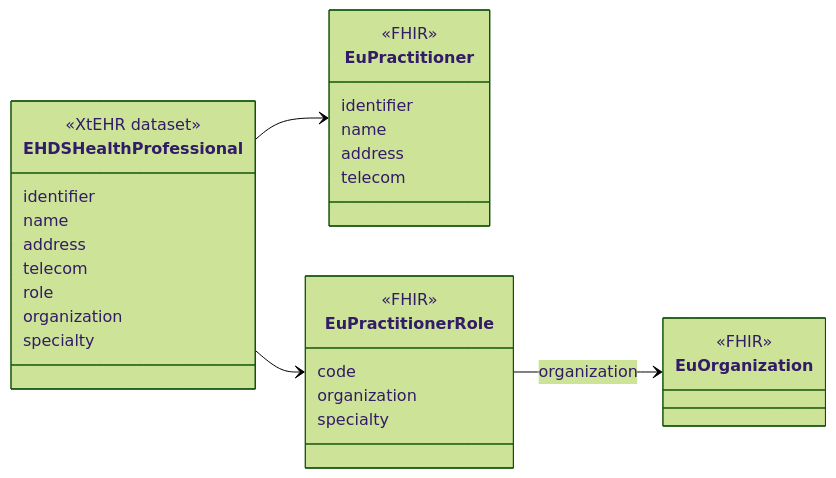
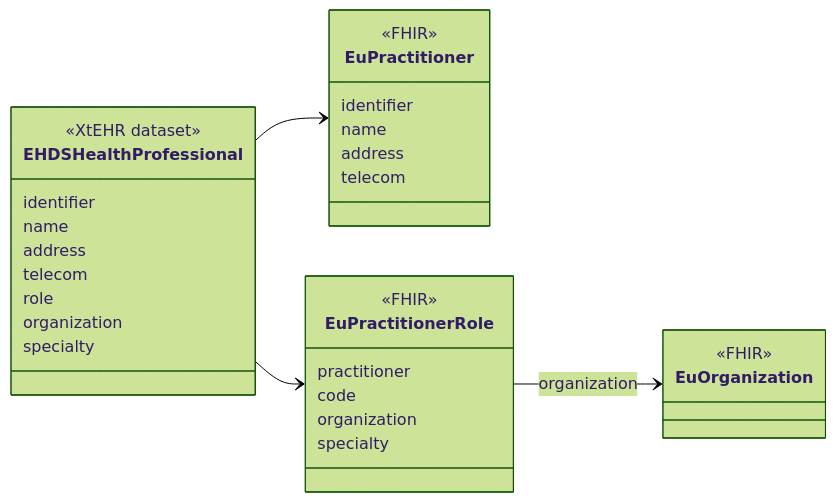
One commit to oijauregui/ehdsimaging changed the diagram in input/intro-notes/ConceptMap-EHDSHealthProfessionalMap-intro.md. Above: the diagram before and after it, drawn with Mermaid (forest theme). The commit also changed 5 other files, not shown here.

````diff
--- a/input/intro-notes/ConceptMap-EHDSHealthProfessionalMap-intro.md
+++ b/input/intro-notes/ConceptMap-EHDSHealthProfessionalMap-intro.md
@@ -5,36 +5,37 @@
 ```mermaid
 classDiagram
 direction LR
 class EHDSHealthProfessional {
   <<XtEHR dataset>>
   identifier
   name
   address
   telecom
   role
   organization
   specialty
 }
 link EHDSHealthProfessional "https://build.fhir.org/ig/Xt-EHR/xt-ehr-common/StructureDefinition-EHDSHealthProfessional.html"
 class EuPractitioner{
   <<FHIR>>
   identifier
   name
   address
   telecom
 }
 
 class EuPractitionerRole{
   <<FHIR>>
+  practitioner
   code
   organization
   specialty
 }
 
 class EuOrganization {
   <<FHIR>>
 }
 EHDSHealthProfessional --> EuPractitioner
 EHDSHealthProfessional --> EuPractitionerRole
 EuPractitionerRole --> EuOrganization : organization
 ```
````
